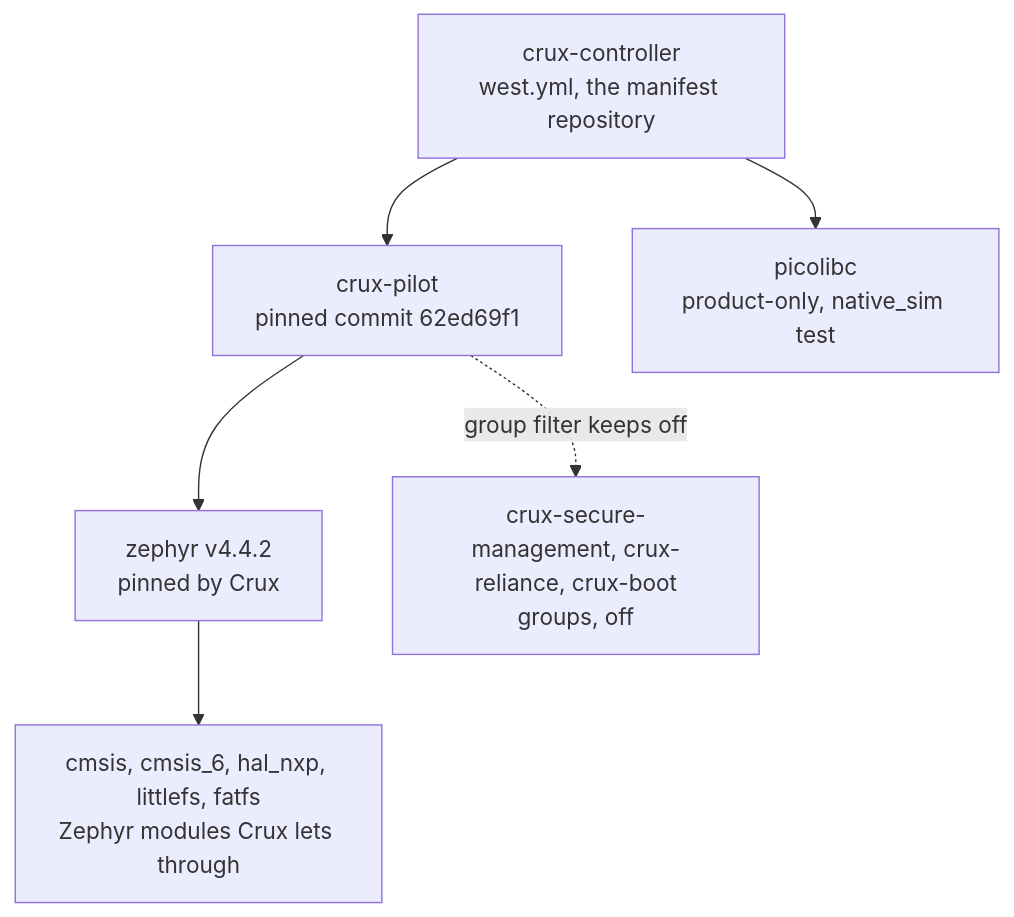
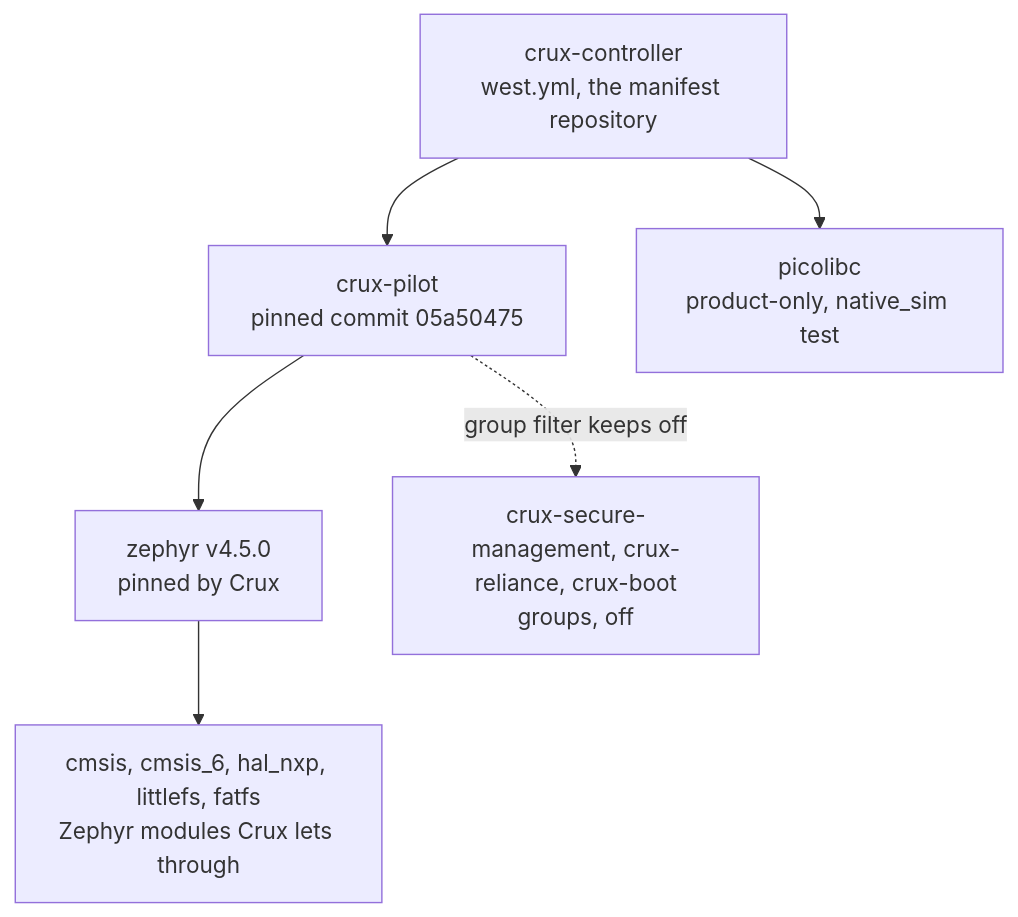
Before and after one commit to wonny-labs/crux-controller: the diagram in docs/dependencies.md, drawn with Mermaid. The commit also changed other lines of this file and 17 other files, not shown here.

First line of the commit message:
build(west): pin crux-pilot to 05a50475 (Zephyr v4.5.0)

````diff
--- a/docs/dependencies.md
+++ b/docs/dependencies.md
@@ -16,14 +16,14 @@
 ```mermaid
 flowchart TD
     CC["crux-controller<br/>west.yml, the manifest repository"]
-    CP["crux-pilot<br/>pinned commit 62ed69f1"]
-    ZP["zephyr v4.4.2<br/>pinned by Crux"]
+    CP["crux-pilot<br/>pinned commit 05a50475"]
+    ZP["zephyr v4.5.0<br/>pinned by Crux"]
     MOD["cmsis, cmsis_6, hal_nxp, littlefs, fatfs<br/>Zephyr modules Crux lets through"]
     PL["picolibc<br/>product-only, native_sim test"]
     OFF["crux-secure-management, crux-reliance, crux-boot<br/>groups, off"]
     CC --> CP
     CC --> PL
     CP --> ZP
     ZP --> MOD
     CP -. "group filter keeps off" .-> OFF
 ```
````
